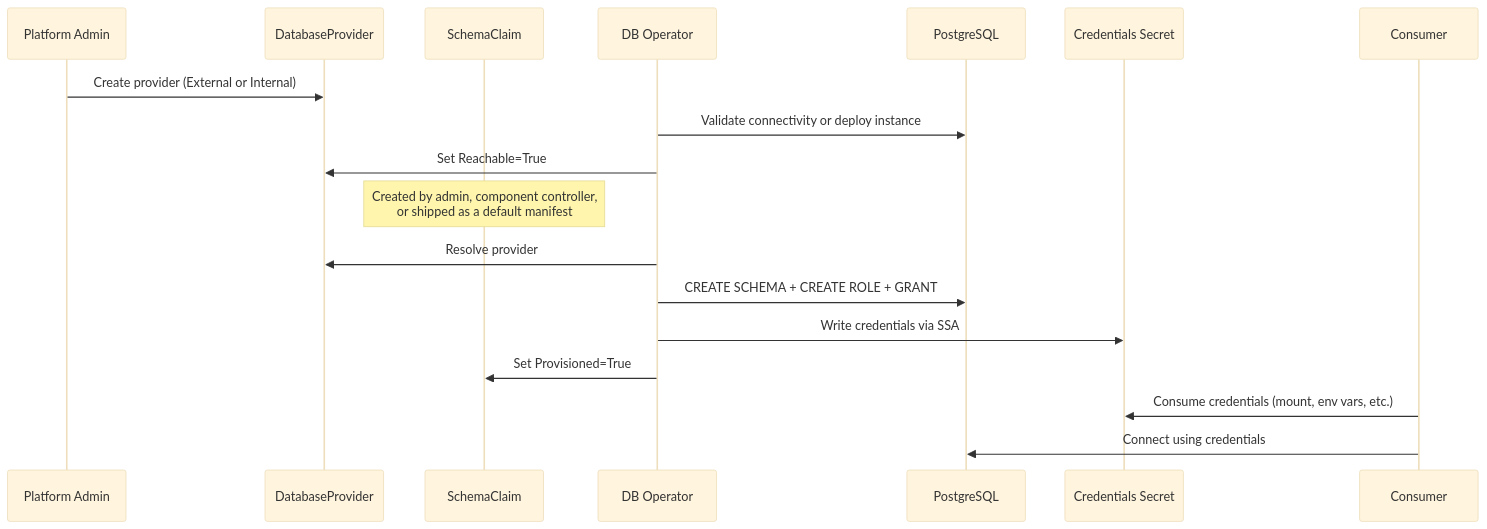
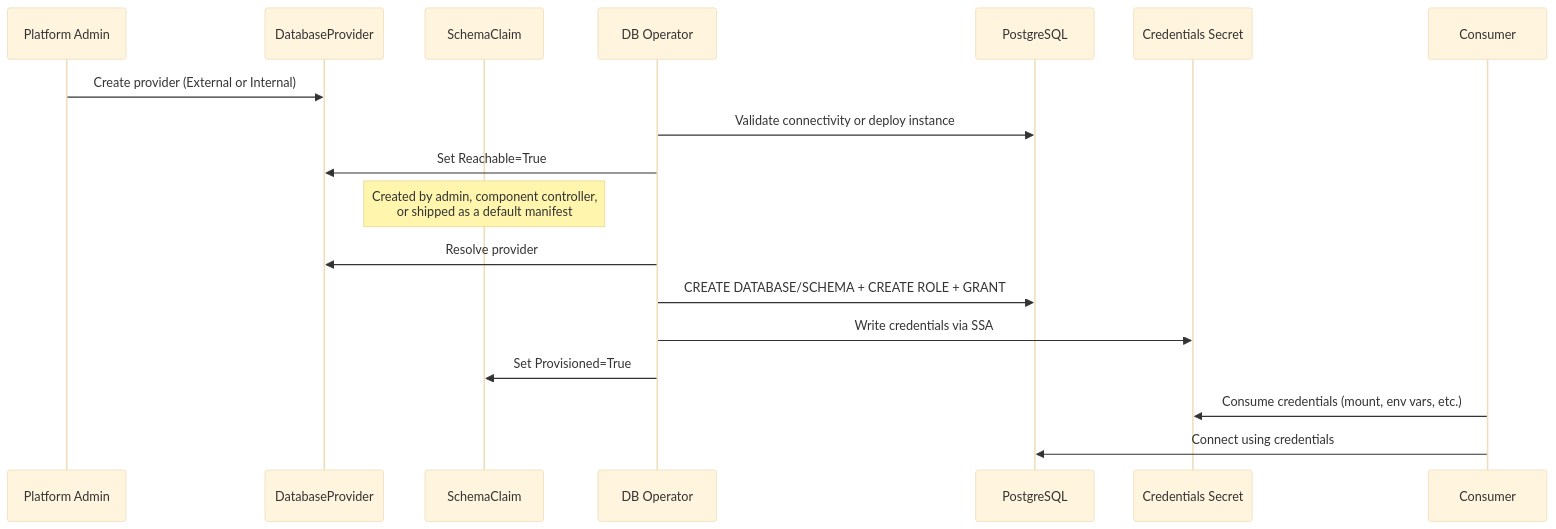
Before and after one commit to lburgazzoli/opendatahub-architecture-decision-records: the second of 2 diagrams in architecture-decision-records/operator/ODH-ADR-Operator-0015-shared-database-infrastructure-service.md, drawn with Mermaid (base theme). The commit also changed other lines of this file, not shown here.

````diff
--- a/architecture-decision-records/operator/ODH-ADR-Operator-0015-shared-database-infrastructure-service.md
+++ b/architecture-decision-records/operator/ODH-ADR-Operator-0015-shared-database-infrastructure-service.md
@@ -174,23 +177,23 @@
 ```mermaid
 sequenceDiagram
     participant Admin as Platform Admin
     participant DP as DatabaseProvider
     participant Claim as SchemaClaim
     participant Op as DB Operator
     participant PG as PostgreSQL
     participant Secret as Credentials Secret
     participant Consumer as Consumer
 
     Admin->>DP: Create provider (External or Internal)
     Op->>PG: Validate connectivity or deploy instance
     Op->>DP: Set Reachable=True
 
     Note over Claim: Created by admin, component controller,<br/>or shipped as a default manifest
     Op->>DP: Resolve provider
-    Op->>PG: CREATE SCHEMA + CREATE ROLE + GRANT
+    Op->>PG: CREATE DATABASE/SCHEMA + CREATE ROLE + GRANT
     Op->>Secret: Write credentials via SSA
     Op->>Claim: Set Provisioned=True
 
     Consumer->>Secret: Consume credentials (mount, env vars, etc.)
     Consumer->>PG: Connect using credentials
 ```
````
